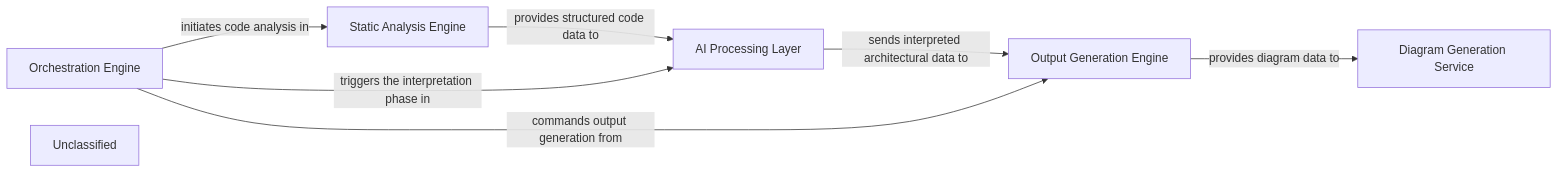
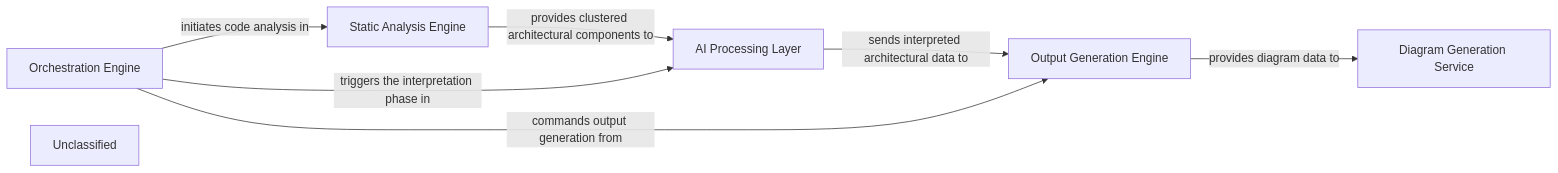
The diagram in .codeboarding/overview.md (CodeBoarding/CodeBoarding), drawn with Mermaid before and after one commit. The commit also changed other lines of this file and 13 other files, not shown here.

First line of the commit message:
docs: update codeboarding documentation and generate architecture

````diff
--- a/.codeboarding/overview.md
+++ b/.codeboarding/overview.md
@@ -1,20 +1,20 @@
 ```mermaid
 graph LR
     Orchestration_Engine["Orchestration Engine"]
     Static_Analysis_Engine["Static Analysis Engine"]
     AI_Processing_Layer["AI Processing Layer"]
     Output_Generation_Engine["Output Generation Engine"]
     Diagram_Generation_Service["Diagram Generation Service"]
     Unclassified["Unclassified"]
     Orchestration_Engine -- "initiates code analysis in" --> Static_Analysis_Engine
-    Static_Analysis_Engine -- "provides structured code data to" --> AI_Processing_Layer
+    Static_Analysis_Engine -- "provides clustered architectural components to" --> AI_Processing_Layer
     AI_Processing_Layer -- "sends interpreted architectural data to" --> Output_Generation_Engine
     Output_Generation_Engine -- "provides diagram data to" --> Diagram_Generation_Service
     Orchestration_Engine -- "triggers the interpretation phase in" --> AI_Processing_Layer
     Orchestration_Engine -- "commands output generation from" --> Output_Generation_Engine
     click Orchestration_Engine href "https://github.com/CodeBoarding/CodeBoarding/blob/main/.codeboarding/Orchestration_Engine.md" "Details"
     click Static_Analysis_Engine href "https://github.com/CodeBoarding/CodeBoarding/blob/main/.codeboarding/Static_Analysis_Engine.md" "Details"
     click AI_Processing_Layer href "https://github.com/CodeBoarding/CodeBoarding/blob/main/.codeboarding/AI_Processing_Layer.md" "Details"
     click Output_Generation_Engine href "https://github.com/CodeBoarding/CodeBoarding/blob/main/.codeboarding/Output_Generation_Engine.md" "Details"
     click Diagram_Generation_Service href "https://github.com/CodeBoarding/CodeBoarding/blob/main/.codeboarding/Diagram_Generation_Service.md" "Details"
 ```
````
